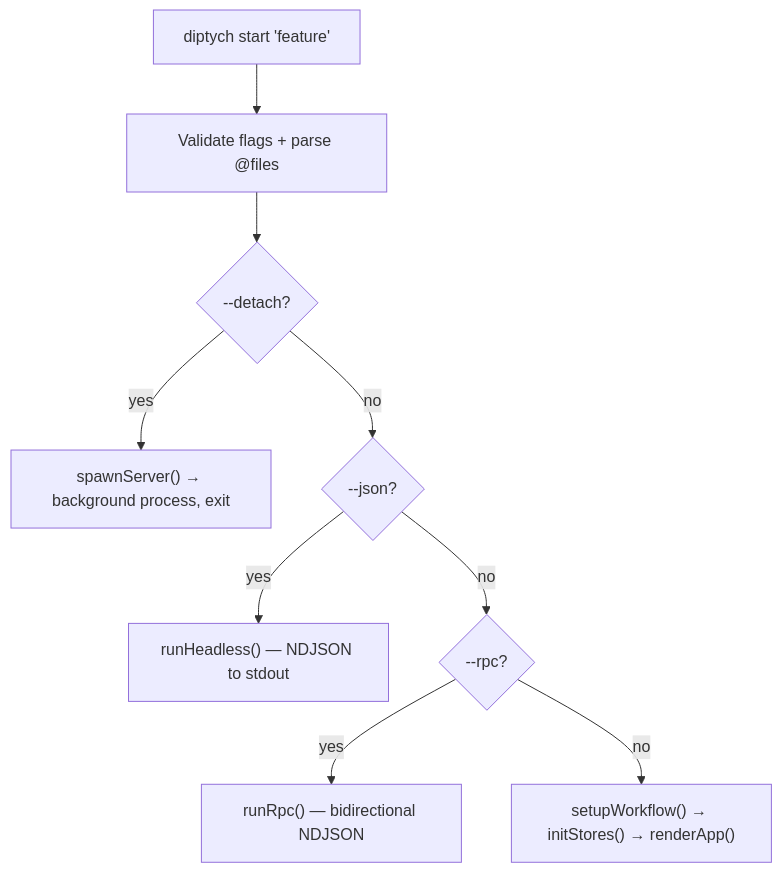
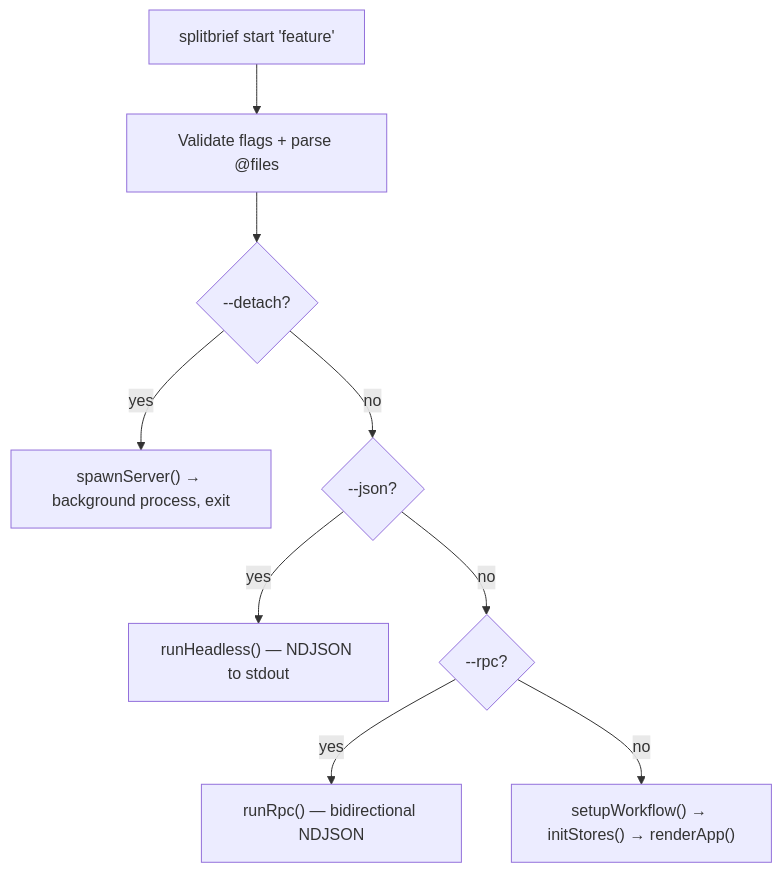
The first of 2 diagrams in docs/HOW-IT-WORKS.md (b4r7x/splitbrief), drawn with Mermaid before and after one commit. The commit also changed other lines of this file and 529 other files, not shown here.

````diff
--- a/docs/HOW-IT-WORKS.md
+++ b/docs/HOW-IT-WORKS.md
@@ -13,11 +13,11 @@
 ```mermaid
 graph TD
-    CLI["diptych start 'feature'"] --> Validate[Validate flags + parse @files]
+    CLI["splitbrief start 'feature'"] --> Validate[Validate flags + parse @files]
     Validate --> Detach{"--detach?"}
     Detach -->|yes| SpawnServer["spawnServer() → background process, exit"]
     Detach -->|no| JSON{"--json?"}
     JSON -->|yes| Headless["runHeadless() — NDJSON to stdout"]
     JSON -->|no| RPC{"--rpc?"}
     RPC -->|yes| RPCRun["runRpc() — bidirectional NDJSON"]
     RPC -->|no| Interactive["setupWorkflow() → initStores() → renderApp()"]
 ```
````
